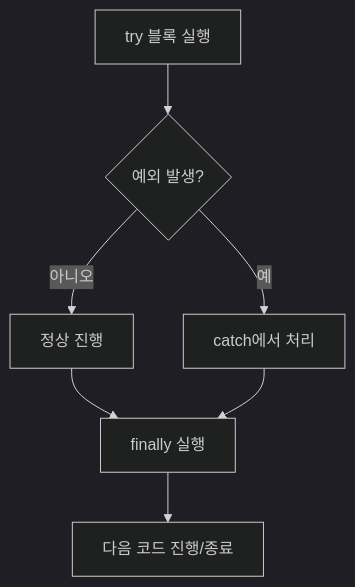
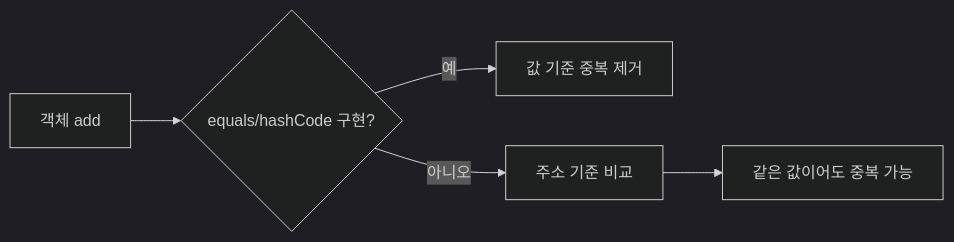
Before and after one commit to metaapple/kb7-java: the third of 3 diagrams in day8-lib/README.md, drawn with Mermaid (dark theme). The commit also changed other lines of this file and 17 other files, not shown here.

````diff
--- a/day8-lib/README.md
+++ b/day8-lib/README.md
@@ -205,9 +163,7 @@
 ```mermaid
-flowchart TD
-  A[try 블록 실행] --> B{예외 발생?}
-  B -- 아니오 --> C[정상 진행]
-  B -- 예 --> D[catch에서 처리]
-  C --> E[finally 실행]
-  D --> E[finally 실행]
-  E --> F[다음 코드 진행/종료]
+flowchart LR
+    A[객체 add] --> B{equals/hashCode 구현?}
+    B -->|예| C[값 기준 중복 제거]
+    B -->|아니오| D[주소 기준 비교]
+    D --> E[같은 값이어도 중복 가능]
 ```
````
